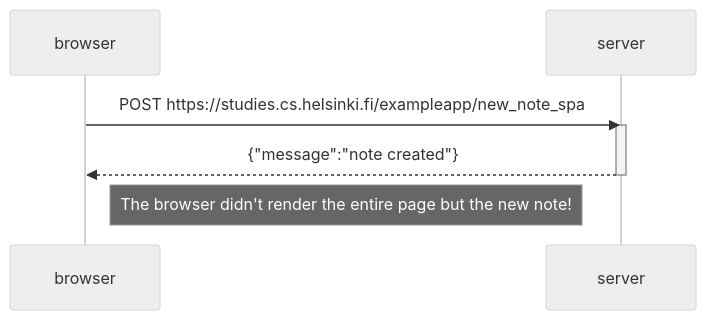
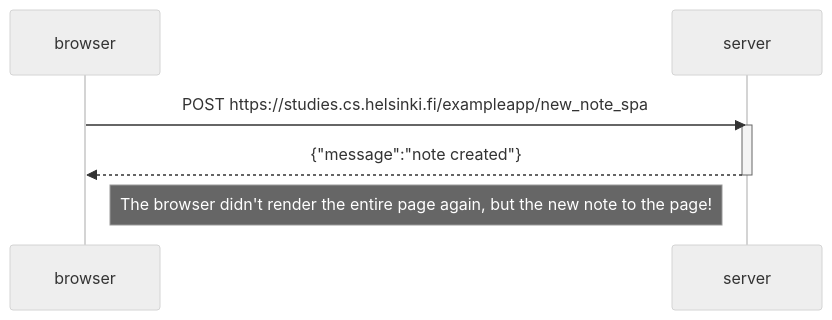
Before and after one commit to fertfest/FullstackOpen: the diagram in part0/diagram_add_new_note_spa.md, drawn with Mermaid (neutral theme).

Commit message:
Fix expression error in diagram_add_new_note_spa.md

````diff
--- a/part0/diagram_add_new_note_spa.md
+++ b/part0/diagram_add_new_note_spa.md
@@ -1,12 +1,12 @@
 ```mermaid
 sequenceDiagram
     participant browser
     participant server
 
     browser->>server: POST https://studies.cs.helsinki.fi/exampleapp/new_note_spa
     activate server
     server-->>browser: {"message":"note created"}
     deactivate server
 
-    Note right of browser: The browser didn't render the entire page but the new note!
+    Note right of browser: The browser didn't render the entire page again, but the new note to the page!
 ```
````
